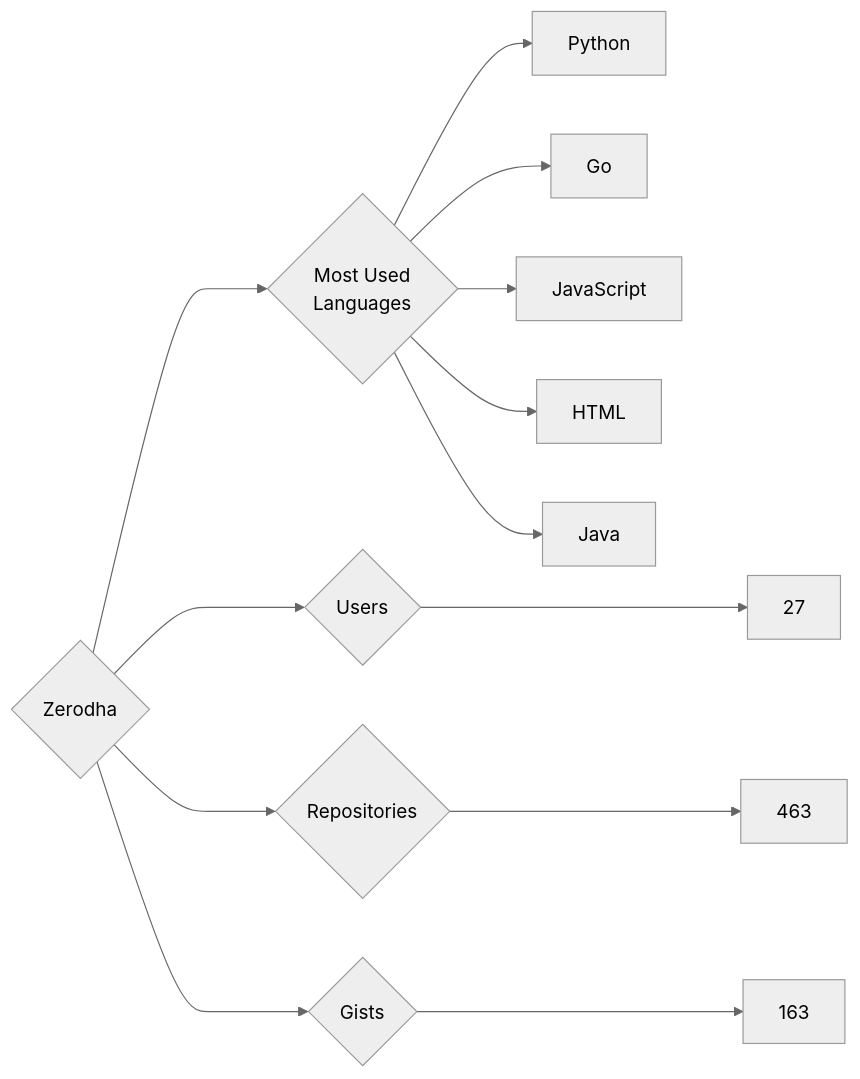
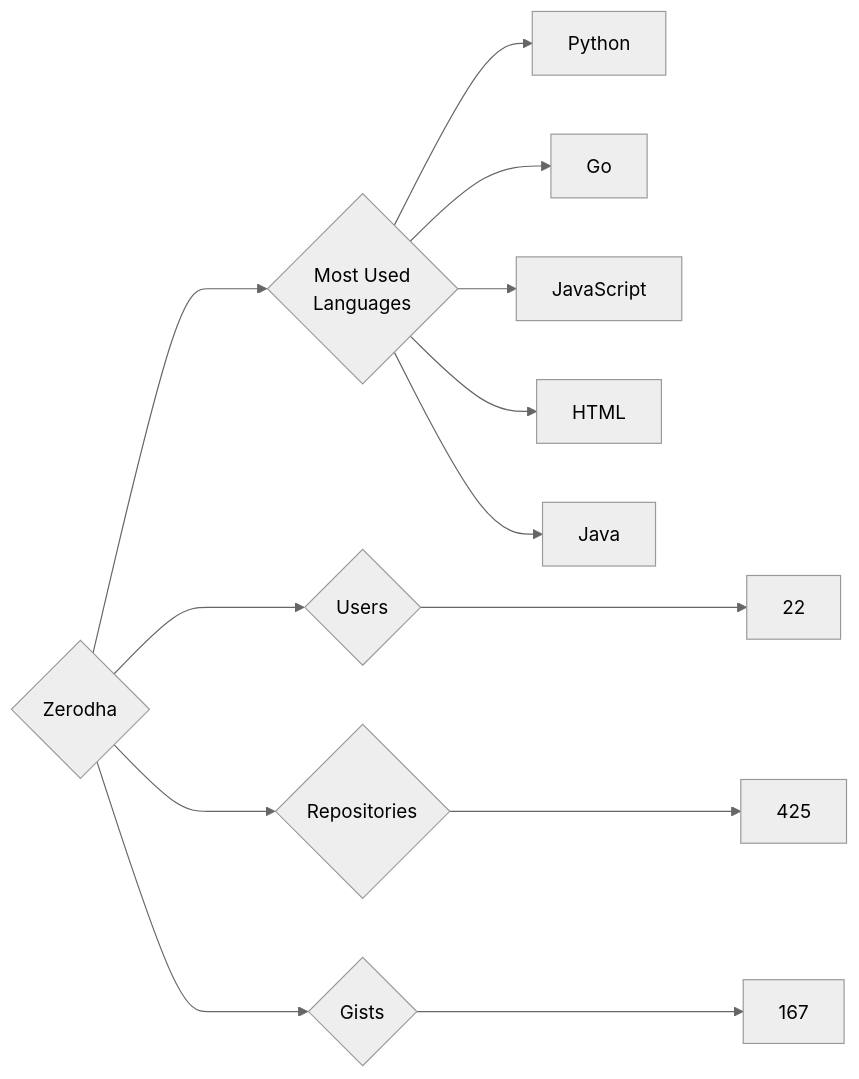
Before and after one commit to trickest/insiders: the diagram in targets/Zerodha/README.md, drawn with Mermaid (neutral theme). The commit also changed 965 other files, not shown here.

````diff
--- a/targets/Zerodha/README.md
+++ b/targets/Zerodha/README.md
@@ -3,13 +3,13 @@
 ```mermaid
 graph LR
 COMPANY_NAME{Zerodha}
-COMPANY_NAME ---> U{Users} ---> UN[27]
-COMPANY_NAME ---> R{Repositories} ---> RN[463]
-COMPANY_NAME ---> G{Gists} ---> GN[163]
+COMPANY_NAME ---> U{Users} ---> UN[22]
+COMPANY_NAME ---> R{Repositories} ---> RN[425]
+COMPANY_NAME ---> G{Gists} ---> GN[167]
 COMPANY_NAME ---> ML{Most Used<br>Languages}
 ML --> Python[Python]
 ML --> Go[Go]
 ML --> JavaScript[JavaScript]
 ML --> HTML[HTML]
 ML --> Java[Java]
 ```
````
